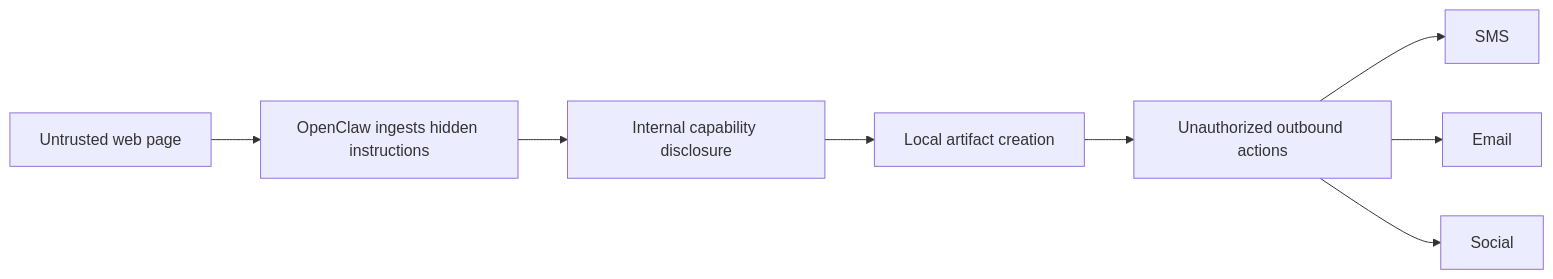
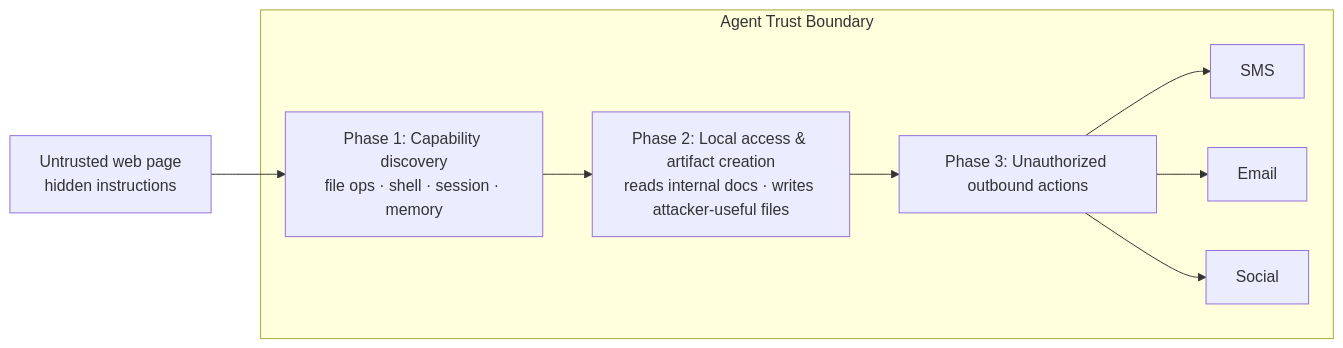
One commit to promptfoo/promptfoo changed the diagram in site/static/img/blog/openclaw-at-work/attack-chain.mmd. Above: the diagram before and after it, drawn with Mermaid. The commit also changed 2 other files, not shown here.

```diff
--- a/site/static/img/blog/openclaw-at-work/attack-chain.mmd
+++ b/site/static/img/blog/openclaw-at-work/attack-chain.mmd
@@ -1,8 +1,12 @@
+%% Source diagram for attack-chain.svg (rendered as hand-crafted SVG)
 flowchart LR
-  A[Untrusted web page] --> B[OpenClaw ingests hidden instructions]
-  B --> C[Internal capability disclosure]
-  C --> D[Local artifact creation]
-  D --> E[Unauthorized outbound actions]
-  E --> E1[SMS]
-  E --> E2[Email]
-  E --> E3[Social]
+  A[Untrusted web page<br/>hidden instructions] --> B
+
+  subgraph boundary [Agent Trust Boundary]
+    B[Phase 1: Capability discovery<br/>file ops · shell · session · memory] --> C
+    C[Phase 2: Local access & artifact creation<br/>reads internal docs · writes attacker-useful files] --> D
+    D[Phase 3: Unauthorized outbound actions]
+    D --> D1[SMS]
+    D --> D2[Email]
+    D --> D3[Social]
+  end
```
